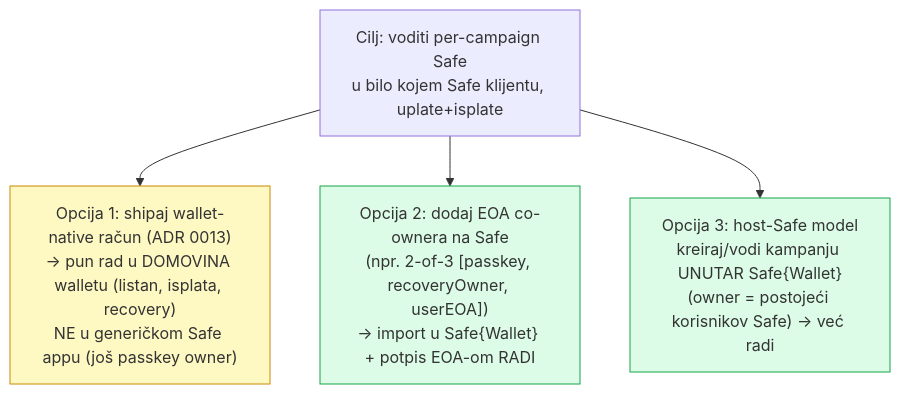
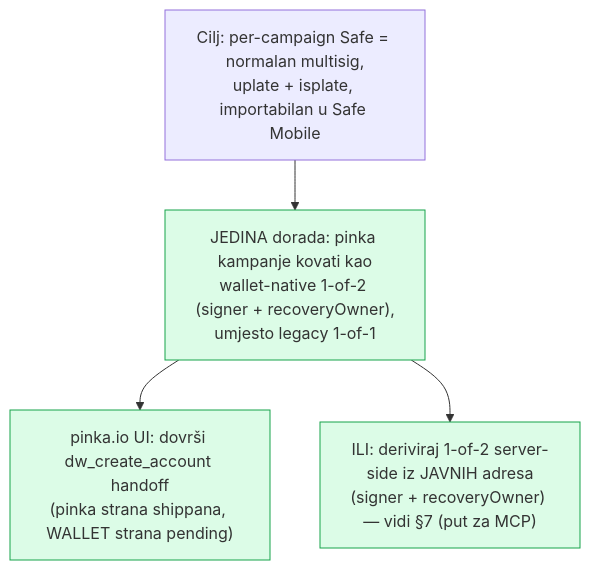
One commit to pinka-finance/mcp-automation changed the fifth of 6 diagrams in docs/campaign-safe-portability.md. Above: the diagram before and after it, drawn with Mermaid. The commit also changed other lines of this file, not shown here.

First line of the commit message:
docs(rev2): ispravak — recoveryOwner je korisnikov BIP39 EOA → 1-of-2 JE Safe-Mobile-prenosiv

````diff
--- a/docs/campaign-safe-portability.md
+++ b/docs/campaign-safe-portability.md
@@ -169,13 +131,10 @@
 ```mermaid
 flowchart TD
-    GOAL["Cilj: voditi per-campaign Safe<br/>u bilo kojem Safe klijentu, uplate+isplate"]
+    GOAL["Cilj: per-campaign Safe = normalan multisig,<br/>uplate + isplate, importabilan u Safe Mobile"]
+    GOAL --> FIX["JEDINA dorada: pinka kampanje kovati kao<br/>wallet-native 1-of-2 (signer + recoveryOwner),<br/>umjesto legacy 1-of-1"]
+    FIX --> P1["pinka.io UI: dovrši dw_create_account handoff<br/>(pinka strana shippana, WALLET strana pending)"]
+    FIX --> P2["ILI: deriviraj 1-of-2 server-side iz JAVNIH adresa<br/>(signer + recoveryOwner) — vidi §7 (put za MCP)"]
 
-    GOAL --> OPT1["Opcija 1: shipaj wallet-native račun (ADR 0013)<br/>→ pun rad u DOMOVINA walletu (listan, isplata, recovery)<br/>NE u generičkom Safe appu (još passkey owner)"]
-    GOAL --> OPT2["Opcija 2: dodaj EOA co-ownera na Safe<br/>(npr. 2-of-3 [passkey, recoveryOwner, userEOA])<br/>→ import u Safe{Wallet} + potpis EOA-om RADI"]
-    GOAL --> OPT3["Opcija 3: host-Safe model<br/>kreiraj/vodi kampanju UNUTAR Safe{Wallet}<br/>(owner = postojeći korisnikov Safe) → već radi"]
-
-    classDef warn fill:#fef9c3,stroke:#ca8a04;
     classDef good fill:#dcfce7,stroke:#16a34a;
-    class OPT1 warn;
-    class OPT2,OPT3 good;
+    class FIX,P1,P2 good;
 ```
````
